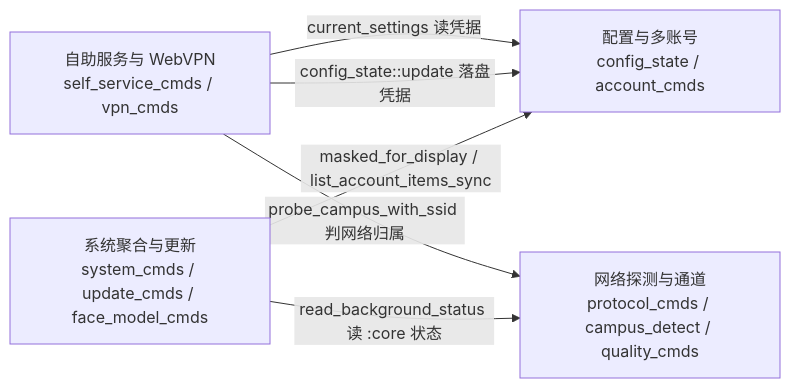
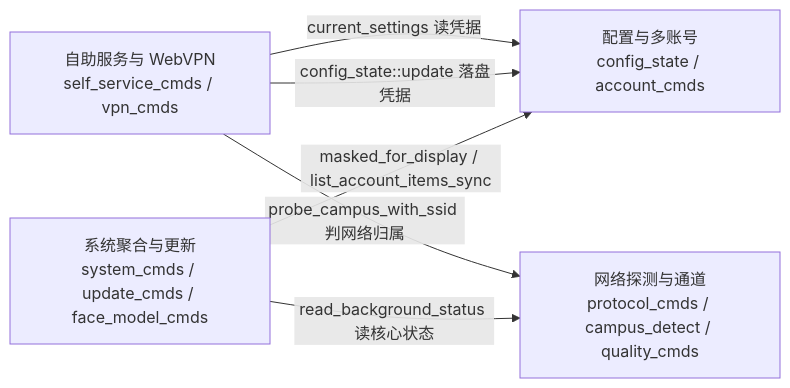
The second of 14 diagrams in .codewiki/modules/android-backend-tauri-commands.md (ikliml666/Wxxy-CampusLogin), drawn with Mermaid before and after one commit. The commit also changed other lines of this file and 20 other files, not shown here.

````diff
--- a/.codewiki/modules/android-backend-tauri-commands.md
+++ b/.codewiki/modules/android-backend-tauri-commands.md
@@ -145,13 +149,13 @@
 ```mermaid
 flowchart LR
     NP["网络探测与通道<br/>protocol_cmds / campus_detect / quality_cmds"]
     CA["配置与多账号<br/>config_state / account_cmds"]
     SV["自助服务与 WebVPN<br/>self_service_cmds / vpn_cmds"]
     SU["系统聚合与更新<br/>system_cmds / update_cmds / face_model_cmds"]
 
     SV -->|"current_settings 读凭据"| CA
     SV -->|"probe_campus_with_ssid 判网络归属"| NP
     SV -->|"config_state::update 落盘凭据"| CA
     SU -->|"masked_for_display / list_account_items_sync"| CA
-    SU -->|"read_background_status 读 :core 状态"| NP
+    SU -->|"read_background_status 读核心状态"| NP
 ```
````
